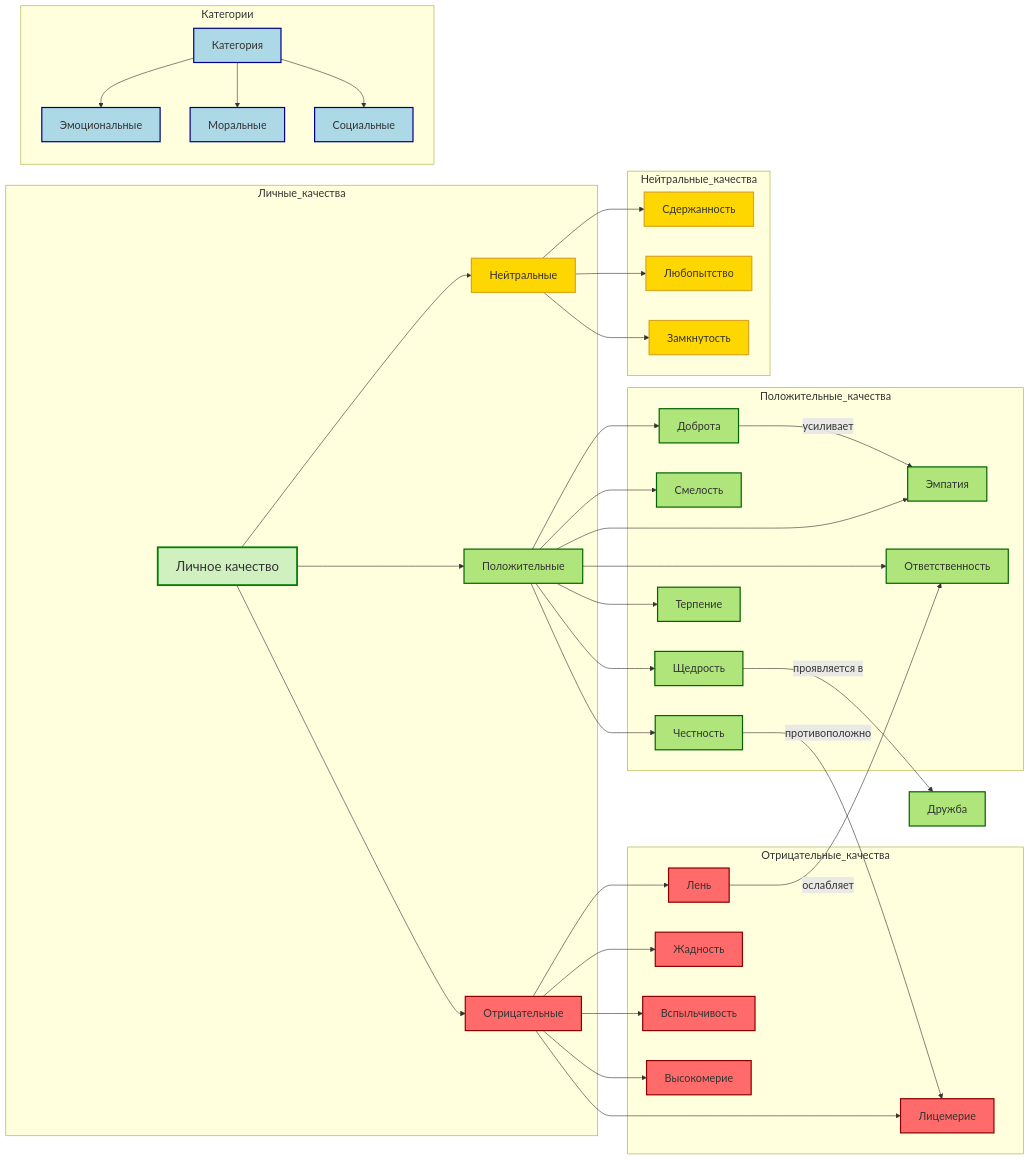
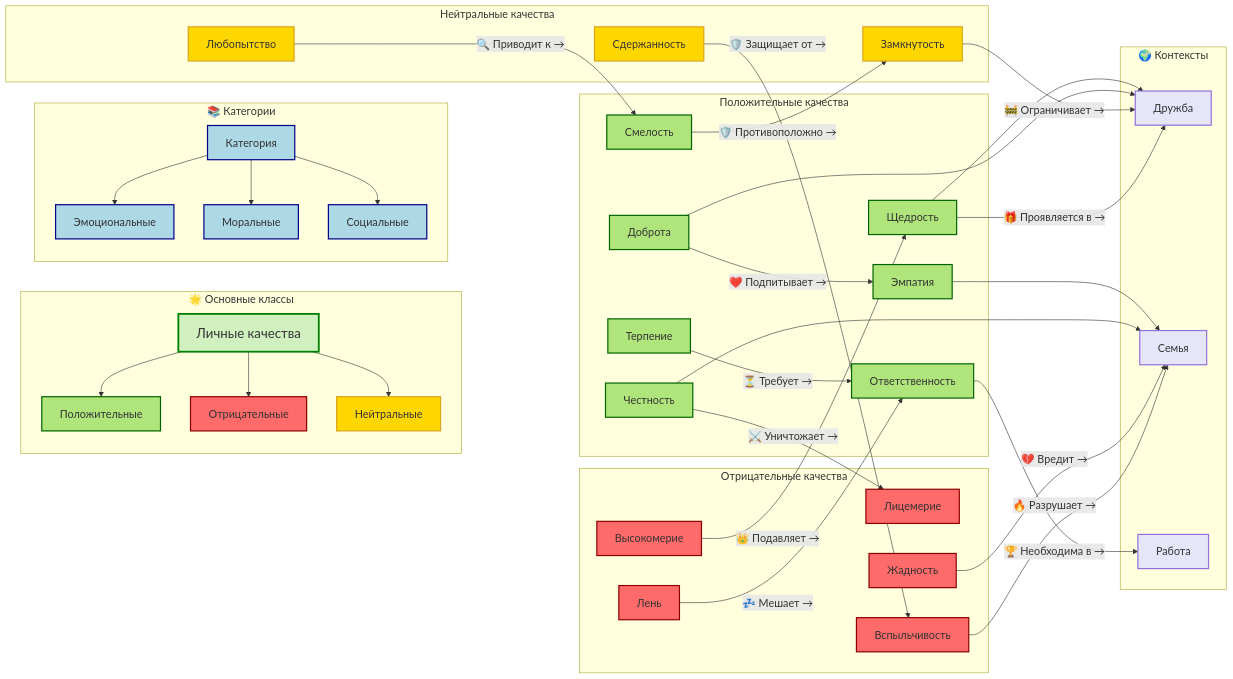
The diagram in WORK/life/personal_qualities/data/graph/visual.mmd (shwars/2025_kidbook), drawn with Mermaid before and after one commit. The commit also changed 1 other file, not shown here.

Commit message:
update graph

```diff
--- a/WORK/life/personal_qualities/data/graph/visual.mmd
+++ b/WORK/life/personal_qualities/data/graph/visual.mmd
@@ -1,74 +1,83 @@
 %%{init: {'themeVariables': {'fontSize': '18px', 'spacing': 40}}}%%
+
 graph LR
 
     classDef bigNode font-size:22px,fill:#D0F0C0,stroke:#008000,stroke-width:3px;
     classDef positive fill:#B0E57C,stroke:#006400,stroke-width:2px;
     classDef negative fill:#FF6B6B,stroke:#8B0000,stroke-width:2px;
     classDef neutral fill:#FFD700,stroke:#DAA520,stroke-width:2px;
     classDef category fill:#ADD8E6,stroke:#00008B,stroke-width:2px;
+    classDef context fill:#E6E6FA,stroke:#9370DB,stroke-width:2px;
 
-    subgraph Личные_качества
-        A[Личное качество]:::bigNode
+    subgraph Основные_классы["🌟 Основные классы"]
+        A[Личные качества]:::bigNode
         B[Положительные]:::positive
         C[Отрицательные]:::negative
         D[Нейтральные]:::neutral
     end
 
-    subgraph Положительные_качества
+    subgraph Категории["📚 Категории"]
+        T[Категория]:::category
+        U[Эмоциональные]:::category
+        V[Моральные]:::category
+        W[Социальные]:::category
+    end
+
+    subgraph Контексты["🌍 Контексты"]
+        X[Дружба]:::context
+        Y[Семья]:::context
+        Z[Работа]:::context
+    end
+
+    subgraph Положительные["Положительные качества"]
         E[Доброта]:::positive
         F[Смелость]:::positive
         G[Честность]:::positive
         H[Щедрость]:::positive
         I[Эмпатия]:::positive
         N[Терпение]:::positive
         O[Ответственность]:::positive
     end
 
-    subgraph Отрицательные_качества
+    subgraph Отрицательные["Отрицательные качества"]
         J[Лень]:::negative
         K[Лицемерие]:::negative
         L[Жадность]:::negative
         M[Вспыльчивость]:::negative
         P[Высокомерие]:::negative
     end
 
-    subgraph Нейтральные_качества
+    subgraph Нейтральные["Нейтральные качества"]
         Q[Сдержанность]:::neutral
         R[Любопытство]:::neutral
         S[Замкнутость]:::neutral
     end
 
-    subgraph Категории
-        T[Категория]:::category
-        U[Эмоциональные]:::category
-        V[Моральные]:::category
-        W[Социальные]:::category
-    end
-
+    %% Иерархические связи
     A --> B
     A --> C
     A --> D
-    B --> E
-    B --> F
-    B --> G
-    B --> H
-    B --> I
-    B --> N
-    B --> O
-    C --> J
-    C --> K
-    C --> L
-    C --> M
-    C --> P
-    D --> Q
-    D --> R
-    D --> S
-
     T --> U
     T --> V
     T --> W
 
-    E -->|усиливает| I
-    G -->|противоположно| K
-    H -->|проявляется в| X[Дружба]:::positive
-    J -->|ослабляет| O
+    %% Горизонтальные/Контекстные связи
+    E -->|"❤️ Подпитывает →"| I
+    G -->|"⚔️ Уничтожает →"| K
+    H -->|"🎁 Проявляется в →"| X
+    J -->|"💤 Мешает →"| O
+    R -->|"🔍 Приводит к →"| F
+    M -->|"🔥 Разрушает →"| Y
+    Q -->|"🛡️ Защищает от →"| M
+    S -->|"🚧 Ограничивает →"| X
+    P -->|"👑 Подавляет →"| H
+    L -->|"💔 Вредит →"| Y
+    N -->|"⏳ Требует →"| O
+    O -->|"🏆 Необходима в →"| Z
+    F -->|"🛡️ Противоположно →"| S
+
+    %% Контекстные связи
+    E --> X
+    G --> Y
+    I --> Y
+    H --> X
```
